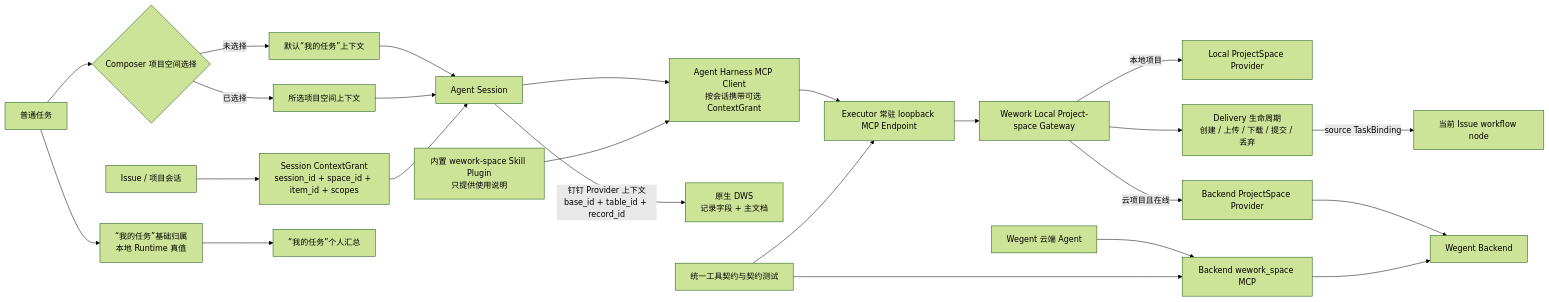
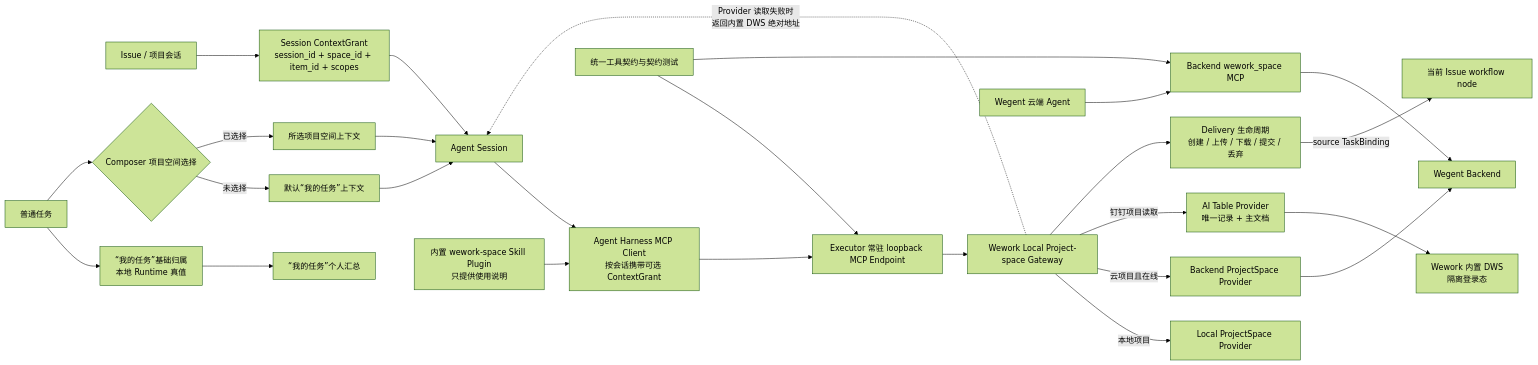
The first of 2 diagrams in docs/zh/architecture/project-space-agent-capability.md (wecode-ai/Wegent), drawn with Mermaid (forest theme) before and after one commit. The commit also changed other lines of this file and 9 other files, not shown here.

````diff
--- a/docs/zh/architecture/project-space-agent-capability.md
+++ b/docs/zh/architecture/project-space-agent-capability.md
@@ -9,26 +9,28 @@
 ```mermaid
 flowchart LR
     ISSUE[Issue / 项目会话] --> GRANT[Session ContextGrant<br/>session_id + space_id + item_id + scopes]
     GENERIC[普通任务] --> MY_TASKS[“我的任务”基础归属<br/>本地 Runtime 真值]
     GENERIC --> ROUTE{Composer 项目空间选择}
     ROUTE -->|未选择| DEFAULT_CONTEXT[默认“我的任务”上下文]
     ROUTE -->|已选择| SELECTED[所选项目空间上下文]
     DEFAULT_CONTEXT --> SESSION[Agent Session]
     SELECTED --> SESSION
     MY_TASKS --> MY_WORK[“我的任务”个人汇总]
     GRANT --> SESSION
     SESSION --> CLIENT[Agent Harness MCP Client<br/>按会话携带可选 ContextGrant]
     CLIENT --> ENDPOINT[Executor 常驻 loopback MCP Endpoint]
     PLUGIN[内置 wework-space Skill Plugin<br/>只提供使用说明] --> CLIENT
     ENDPOINT --> GATEWAY[Wework Local Project-space Gateway]
     GATEWAY -->|本地项目| LOCAL[Local ProjectSpace Provider]
     GATEWAY -->|云项目且在线| REMOTE[Backend ProjectSpace Provider]
-    SESSION -->|钉钉 Provider 上下文<br/>base_id + table_id + record_id| DWS[原生 DWS<br/>记录字段 + 主文档]
+    GATEWAY -->|钉钉项目读取| AITABLE_PROVIDER[AI Table Provider<br/>唯一记录 + 主文档]
+    AITABLE_PROVIDER --> BUNDLED_DWS[Wework 内置 DWS<br/>隔离登录态]
+    GATEWAY -. Provider 读取失败时<br/>返回内置 DWS 绝对地址 .-> SESSION
     REMOTE --> BACKEND[Wegent Backend]
     GATEWAY --> DELIVERY[Delivery 生命周期<br/>创建 / 上传 / 下载 / 提交 / 丢弃]
     DELIVERY -->|source TaskBinding| ISSUE_STAGE[当前 Issue workflow node]
     CLOUD[Wegent 云端 Agent] --> BACKEND_MCP[Backend wework_space MCP]
     BACKEND_MCP --> BACKEND
     CONTRACT[统一工具契约与契约测试] --> ENDPOINT
     CONTRACT --> BACKEND_MCP
 ```
````
